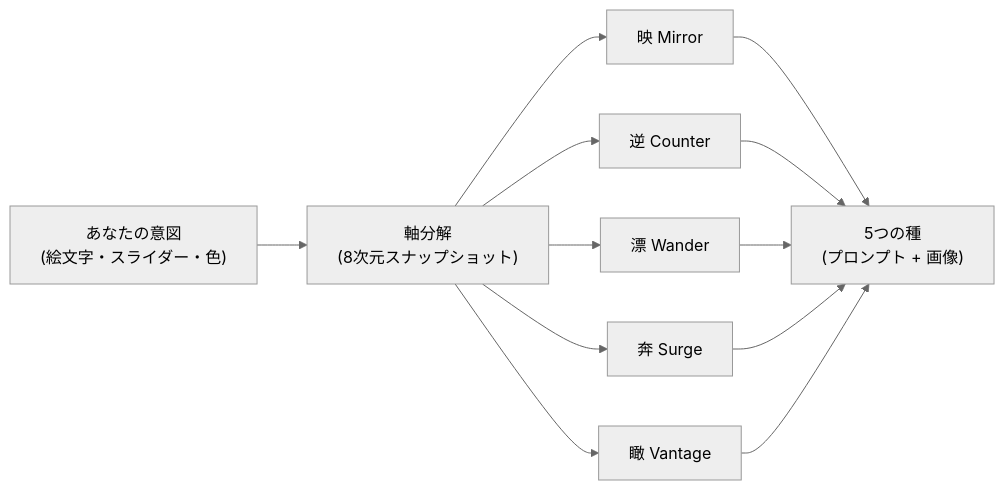
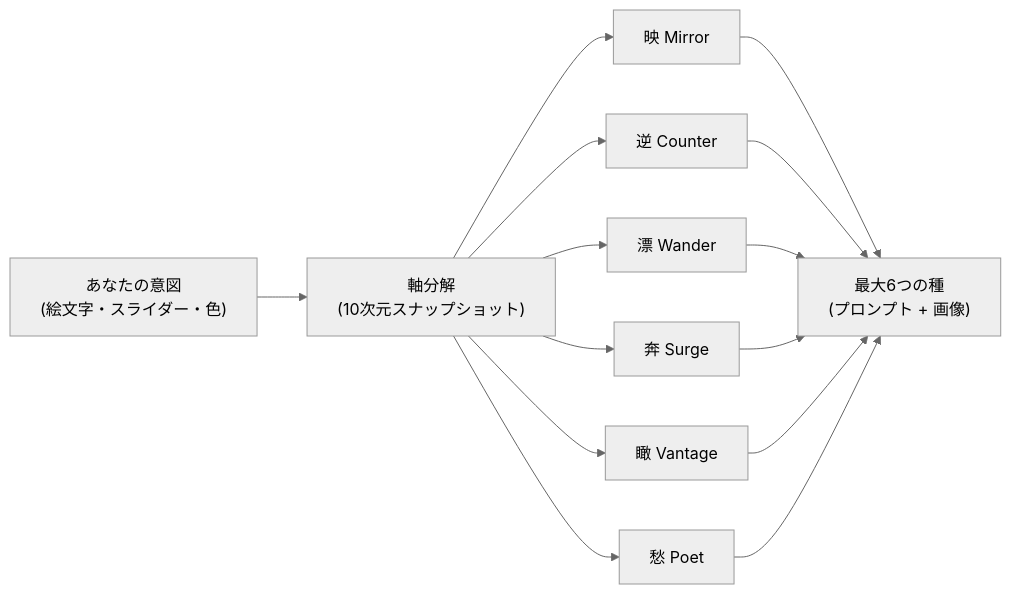
Before and after one commit to ranbell/ranbell_image: the diagram in docs/guide/invoke.ja.md, drawn with Mermaid (neutral theme). The commit also changed other lines of this file and 348 other files, not shown here.

````diff
--- a/docs/guide/invoke.ja.md
+++ b/docs/guide/invoke.ja.md
@@ -13,15 +13,16 @@
 ```mermaid
 graph LR
   IN["あなたの意図\n(絵文字・スライダー・色)"]
-  AX["軸分解\n(8次元スナップショット)"]
+  AX["軸分解\n(10次元スナップショット)"]
   M["映 Mirror"]
   R["逆 Counter"]
   S["漂 Wander"]
   L["奔 Surge"]
   O["瞰 Vantage"]
-  OUT["5つの種\n(プロンプト + 画像)"]
+  P["愁 Poet"]
+  OUT["最大6つの種\n(プロンプト + 画像)"]
 
   IN --> AX
-  AX --> M & R & S & L & O
-  M & R & S & L & O --> OUT
+  AX --> M & R & S & L & O & P
+  M & R & S & L & O & P --> OUT
 ```
````
